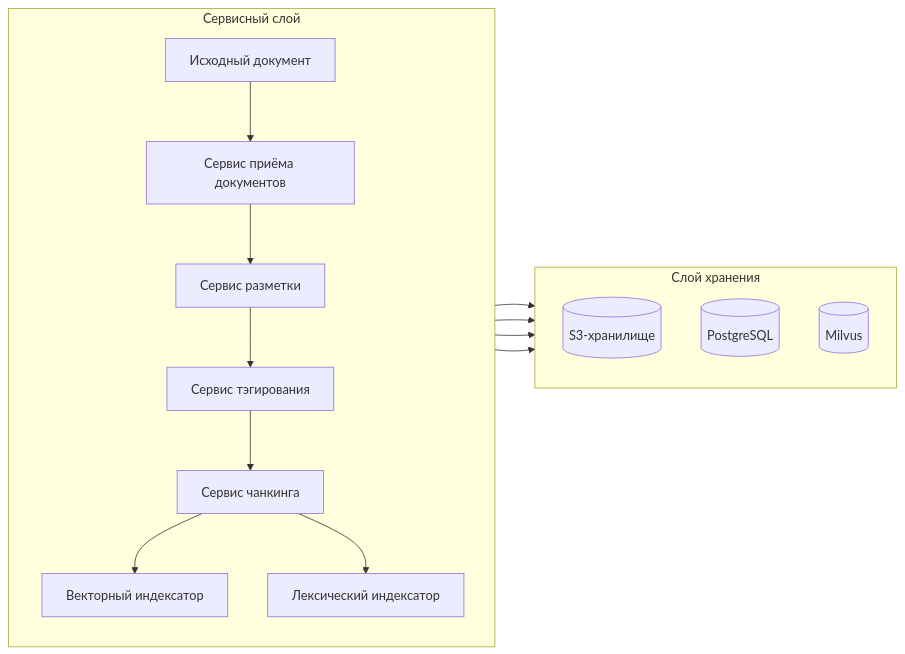
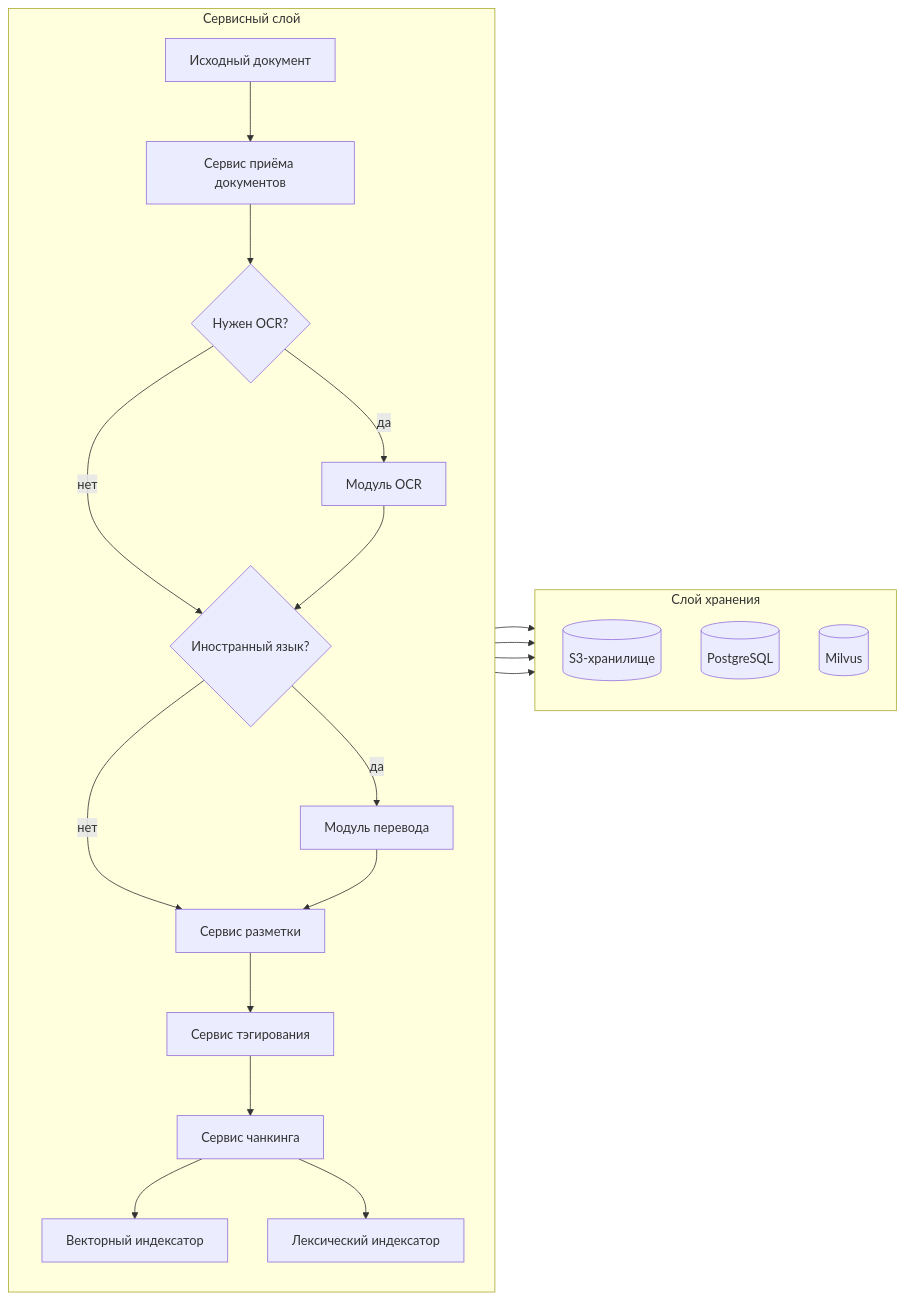
One commit to Trump68/infra changed diagram 13 of 19 in TZ/1.Пояснительная записка к техническому проекту.md. Above: the diagram before and after it, drawn with Mermaid. The commit also changed other lines of this file, not shown here.

````diff
--- a/TZ/1.Пояснительная записка к техническому проекту.md
+++ b/TZ/1.Пояснительная записка к техническому проекту.md
@@ -2149,24 +2208,30 @@
 ```mermaid
 flowchart LR
   subgraph SERVICE_LAYER[Сервисный слой]
     direction TB
     DOCS[Исходный документ] --> ING[Сервис приёма документов]
-    ING --> MS[Сервис разметки]
+    ING --> OCRN{Нужен OCR?}
+    OCRN -->|да| OCR[Модуль OCR]
+    OCRN -->|нет| LANG{Иностранный язык?}
+    OCR --> LANG
+    LANG -->|нет| MS[Сервис разметки]
+    LANG -->|да| TRN[Модуль перевода]
+    TRN --> MS
     MS --> TS[Сервис тэгирования]
     TS --> CS[Сервис чанкинга]
     CS --> VI[Векторный индексатор]
     CS --> LI[Лексический индексатор]
   end
 
   subgraph STORAGE_LAYER[Слой хранения]
     direction TB
     S3[(S3-хранилище)]
     PG[(PostgreSQL)]
     MV[(Milvus)]
   end
 
   TS --> S3
   CS --> PG
   VI --> MV
   LI --> PG
 ```
````
